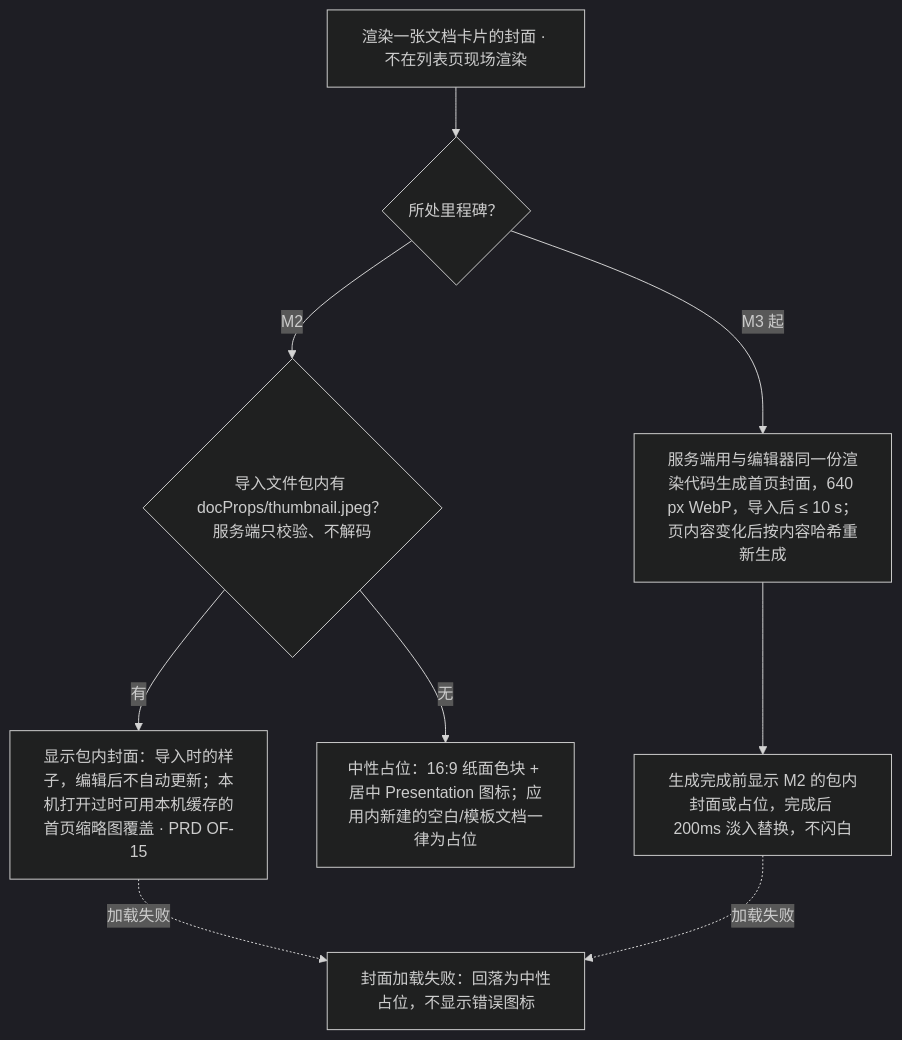
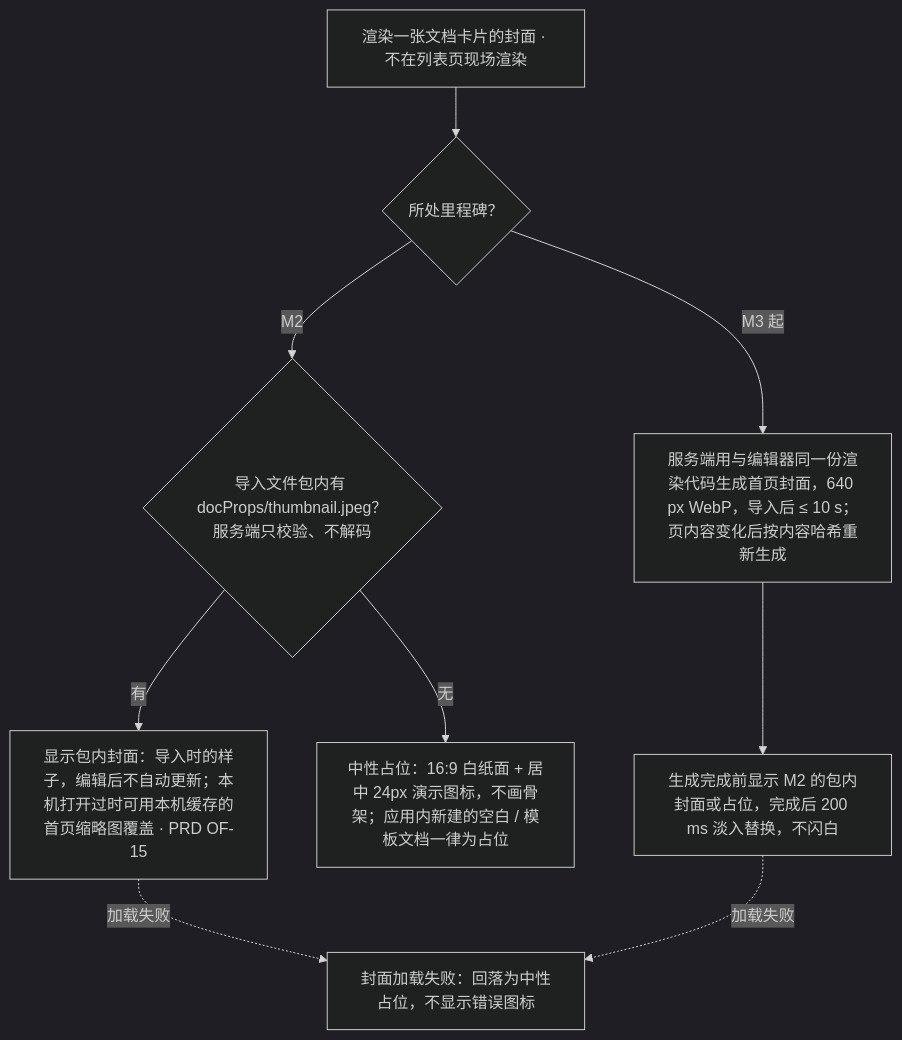
Before and after one commit to Xeonice/cordis-ppt-editor: the third of 3 diagrams in docs/20-design/03-screens/01-document-list.md, drawn with Mermaid (dark theme). The commit also changed other lines of this file and 44 other files, not shown here.

````diff
--- a/docs/20-design/03-screens/01-document-list.md
+++ b/docs/20-design/03-screens/01-document-list.md
@@ -56,18 +245,18 @@
 ```mermaid
 flowchart TB
   cStart["渲染一张文档卡片的封面 · 不在列表页现场渲染"]
   cStage{"所处里程碑？"}
   cHasPkg{"导入文件包内有 docProps/thumbnail.jpeg？服务端只校验、不解码"}
   cPkg["显示包内封面：导入时的样子，编辑后不自动更新；本机打开过时可用本机缓存的首页缩略图覆盖 · PRD OF-15"]
-  cPh["中性占位：16:9 纸面色块 + 居中 Presentation 图标；应用内新建的空白/模板文档一律为占位"]
+  cPh["中性占位：16:9 白纸面 + 居中 24px 演示图标，不画骨架；应用内新建的空白 / 模板文档一律为占位"]
   cSrv["服务端用与编辑器同一份渲染代码生成首页封面，640 px WebP，导入后 ≤ 10 s；页内容变化后按内容哈希重新生成"]
-  cWait["生成完成前显示 M2 的包内封面或占位，完成后 200ms 淡入替换，不闪白"]
+  cWait["生成完成前显示 M2 的包内封面或占位，完成后 200 ms 淡入替换，不闪白"]
   cFail["封面加载失败：回落为中性占位，不显示错误图标"]
   cStart --> cStage
   cStage -->|"M2"| cHasPkg
   cHasPkg -->|"有"| cPkg
   cHasPkg -->|"无"| cPh
   cStage -->|"M3 起"| cSrv --> cWait
   cPkg -.->|"加载失败"| cFail
   cWait -.->|"加载失败"| cFail
 ```
````
